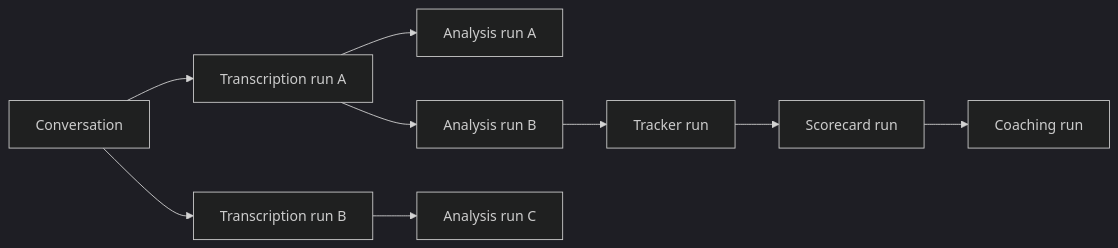
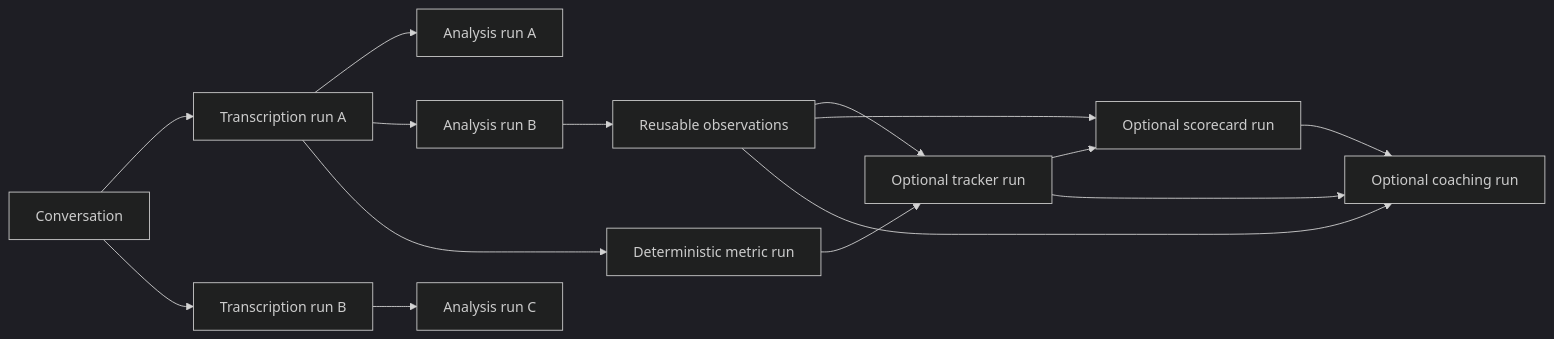
Before and after one commit to SakshamS11/anumaai: the diagram in docs/model-experimentation.md, drawn with Mermaid (dark theme). The commit also changed other lines of this file and 8 other files, not shown here.

Commit message:
Clarify ANUMA intelligence dependency graph

````diff
--- a/docs/model-experimentation.md
+++ b/docs/model-experimentation.md
@@ -9,11 +9,17 @@
 ```mermaid
 flowchart LR
   C["Conversation"] --> TR1["Transcription run A"]
   C --> TR2["Transcription run B"]
   TR1 --> AR1["Analysis run A"]
   TR1 --> AR2["Analysis run B"]
   TR2 --> AR3["Analysis run C"]
-  AR2 --> TK["Tracker run"]
-  TK --> SC["Scorecard run"]
-  SC --> CO["Coaching run"]
+  AR2 --> O["Reusable observations"]
+  TR1 --> M["Deterministic metric run"]
+  O --> TK["Optional tracker run"]
+  M --> TK
+  O --> SC["Optional scorecard run"]
+  TK --> SC
+  O --> CO["Optional coaching run"]
+  TK --> CO
+  SC --> CO
 ```
````
